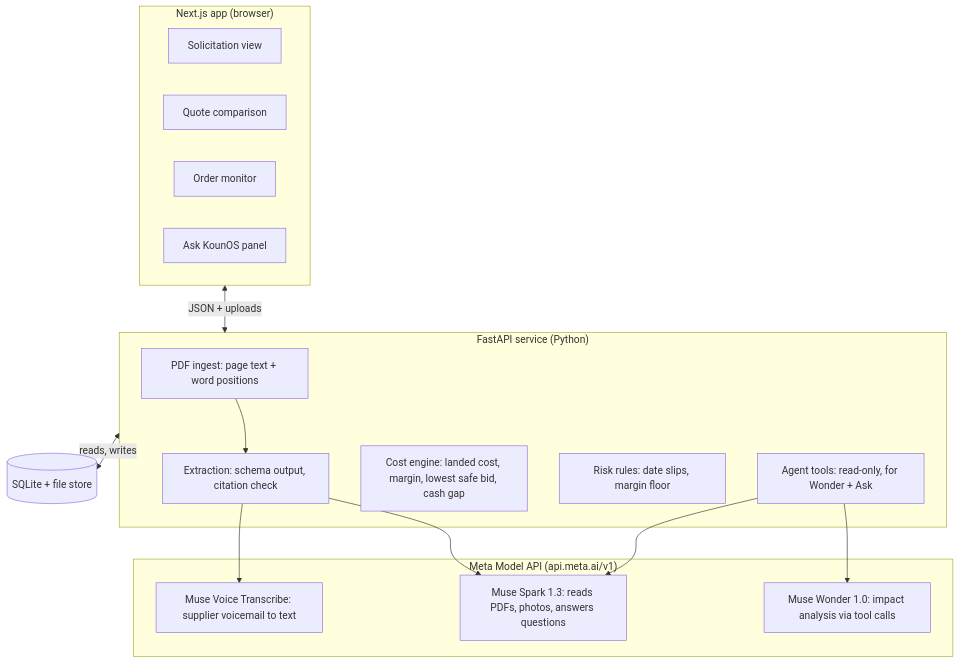
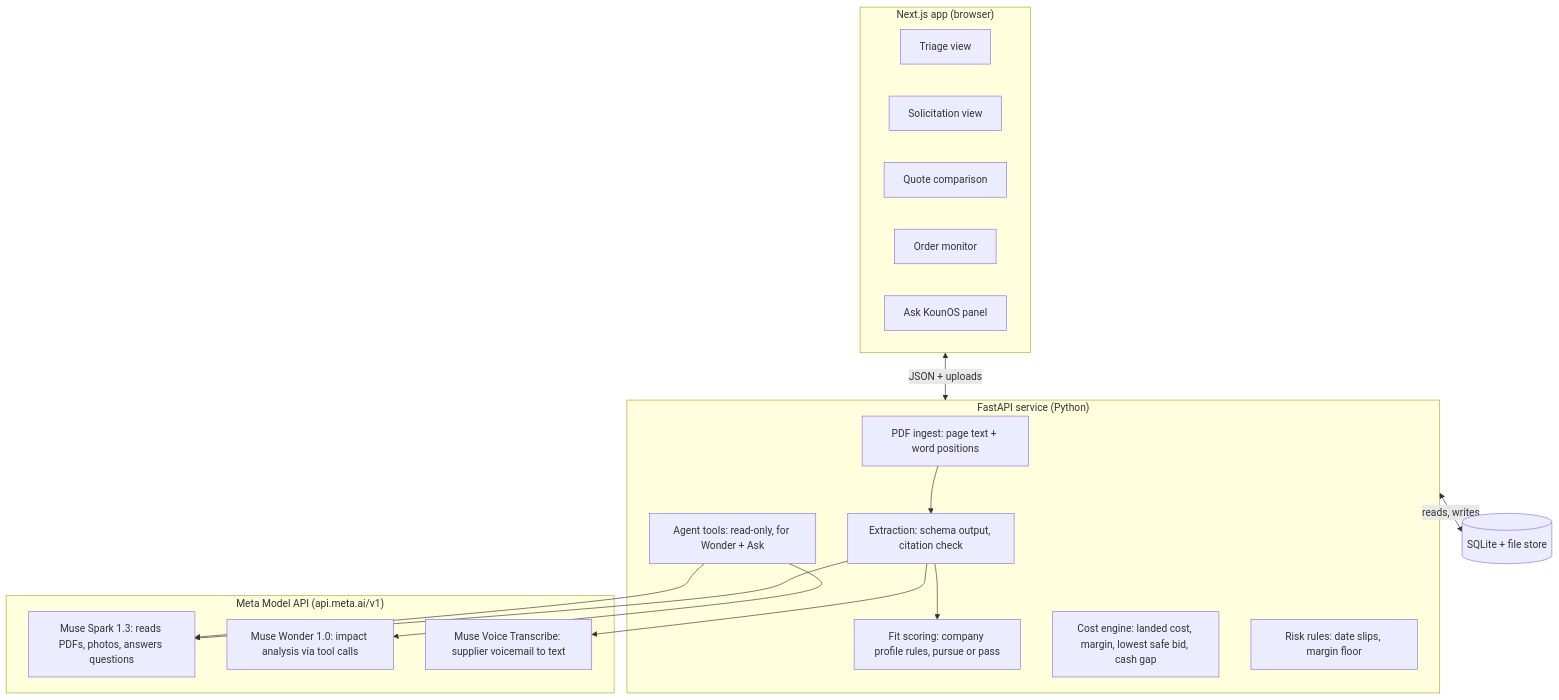
The diagram in docs/PLAN.md (RzanderR/KounOS), drawn with Mermaid before and after one commit. The commit also changed other lines of this file and 3 other files, not shown here.

First line of the commit message:
Clarify the two jobs: pursue-or-pass triage and order tracking; record product direction

````diff
--- a/docs/PLAN.md
+++ b/docs/PLAN.md
@@ -73,29 +88,32 @@
 ```mermaid
 flowchart TB
   subgraph WEB["Next.js app (browser)"]
+    G["Triage view"]
     S["Solicitation view"]
     Q["Quote comparison"]
     O["Order monitor"]
     A["Ask KounOS panel"]
   end
   subgraph API["FastAPI service (Python)"]
     I["PDF ingest: page text + word positions"]
     X["Extraction: schema output, citation check"]
+    F["Fit scoring: company profile rules, pursue or pass"]
     C["Cost engine: landed cost, margin, lowest safe bid, cash gap"]
     R["Risk rules: date slips, margin floor"]
     T["Agent tools: read-only, for Wonder + Ask"]
   end
   DB[("SQLite + file store")]
   subgraph META["Meta Model API (api.meta.ai/v1)"]
     MS["Muse Spark 1.3: reads PDFs, photos, answers questions"]
     MW["Muse Wonder 1.0: impact analysis via tool calls"]
     MV["Muse Voice Transcribe: supplier voicemail to text"]
   end
   WEB <-->|"JSON + uploads"| API
   API <-->|"reads, writes"| DB
   I --> X
+  X --> F
   X --> MS
   X --> MV
   T --> MW
   T --> MS
 ```
````
